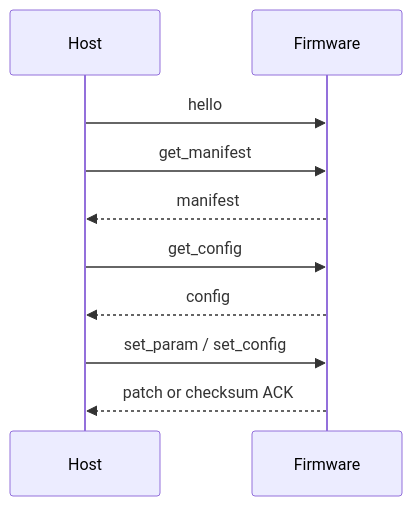
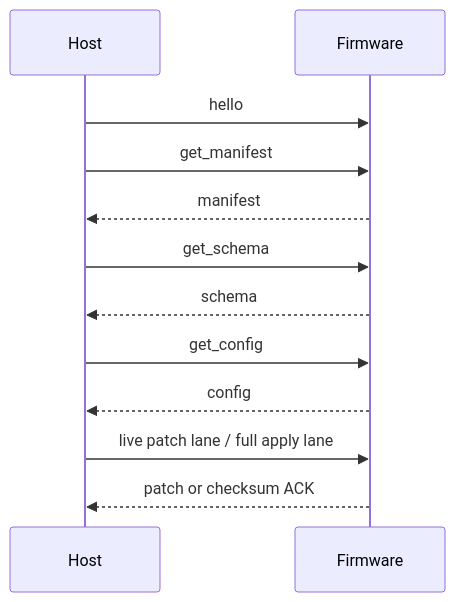
The third of 3 diagrams in docs/reference/FirmwareArchitecture.md (bseverns/MOARkNOBS-42), drawn with Mermaid before and after one commit. The commit also changed other lines of this file and 19 other files, not shown here.

````diff
--- a/docs/reference/FirmwareArchitecture.md
+++ b/docs/reference/FirmwareArchitecture.md
@@ -106,12 +108,14 @@
 ```mermaid
 sequenceDiagram
   participant Host
   participant Firmware
   Host->>Firmware: hello
   Host->>Firmware: get_manifest
   Firmware-->>Host: manifest
+  Host->>Firmware: get_schema
+  Firmware-->>Host: schema
   Host->>Firmware: get_config
   Firmware-->>Host: config
-  Host->>Firmware: set_param / set_config
+  Host->>Firmware: live patch lane / full apply lane
   Firmware-->>Host: patch or checksum ACK
 ```
````
